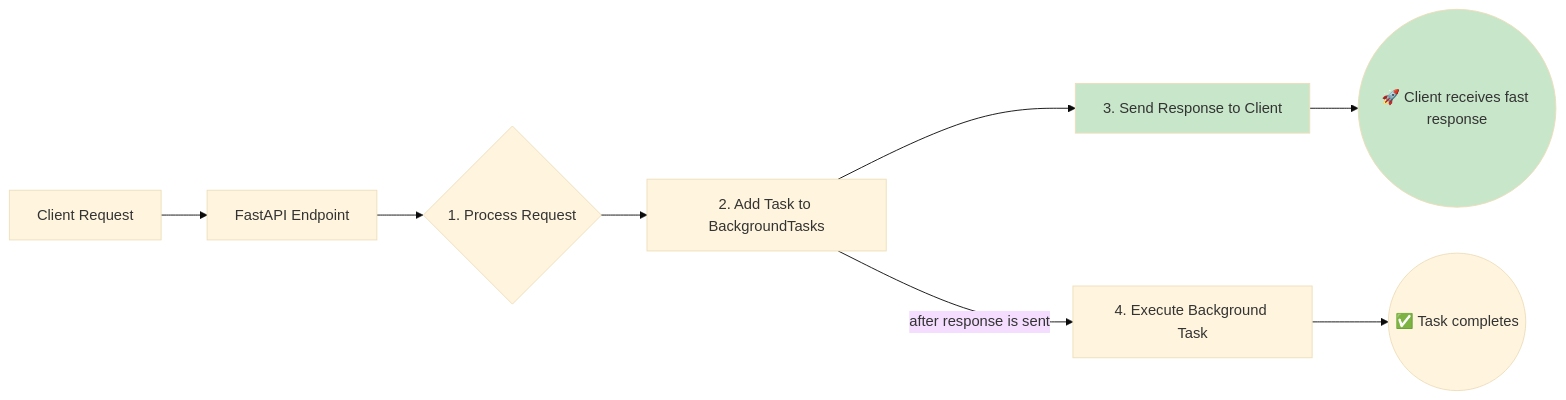
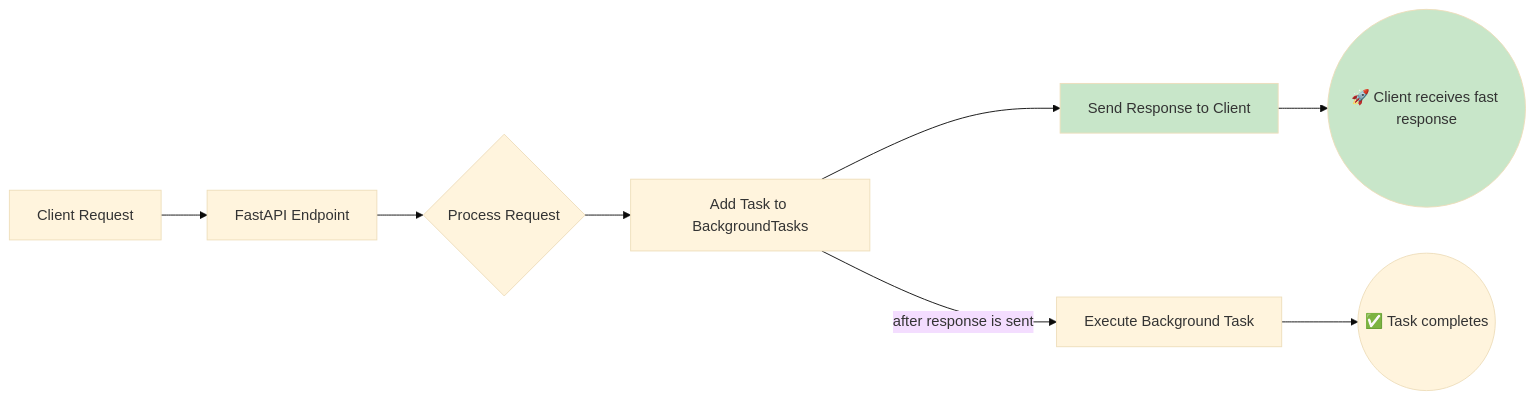
Before and after one commit to ridwanspace/restful-fastapi-guideline: the second of 3 diagrams in app/docs/04_advanced/03-background-tasks-asynchronous-processing/page.mdx, drawn with Mermaid (base theme).

Commit message:
📝 docs(background-tasks): enhance background tasks documentation
- update mermaid diagram to improve clarity
- improve the explanation of the process flow

````diff
--- a/app/docs/04_advanced/03-background-tasks-asynchronous-processing/page.mdx
+++ b/app/docs/04_advanced/03-background-tasks-asynchronous-processing/page.mdx
@@ -64,13 +64,22 @@
 ```mermaid
 graph LR
-    A[Client Request] --> B[FastAPI Endpoint];
-    B --> C{1. Process Request};
-    C --> D[2. Add Task to BackgroundTasks];
-    D --> E[3. Send Response to Client];
-    E --> F((🚀 Client receives fast response));
-    D -- after response is sent --> G[4. Execute Background Task];
-    G --> H((✅ Task completes));
+    A["Client Request"]
+    B["FastAPI Endpoint"]
+    C{"Process Request"}
+    D["Add Task to BackgroundTasks"]
+    E["Send Response to Client"]
+    F(("🚀 Client receives fast response"))
+    G["Execute Background Task"]
+    H(("✅ Task completes"))
+
+    A --> B
+    B --> C
+    C --> D
+    D --> E
+    E --> F
+    D -- "after response is sent" --> G
+    G --> H
 
     style E fill:#c8e6c9
     style F fill:#c8e6c9
 ```
````
